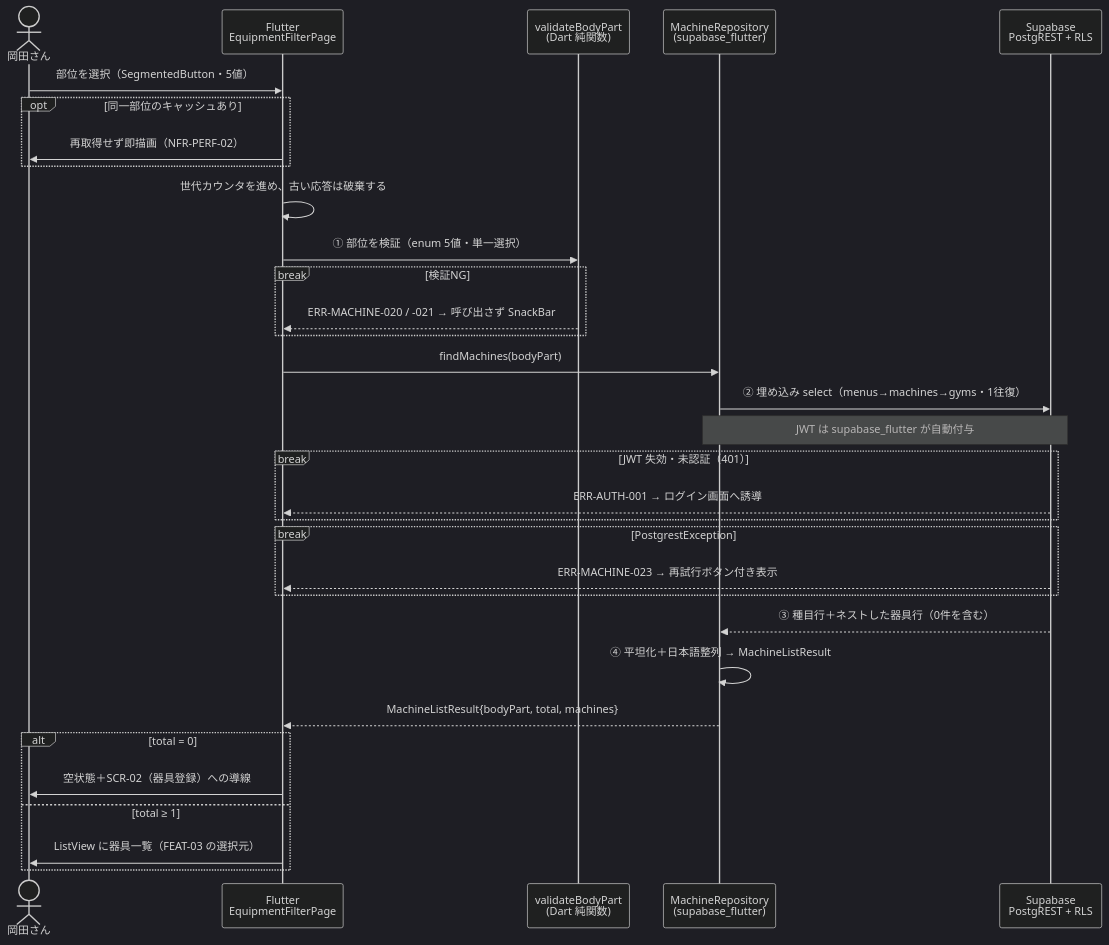
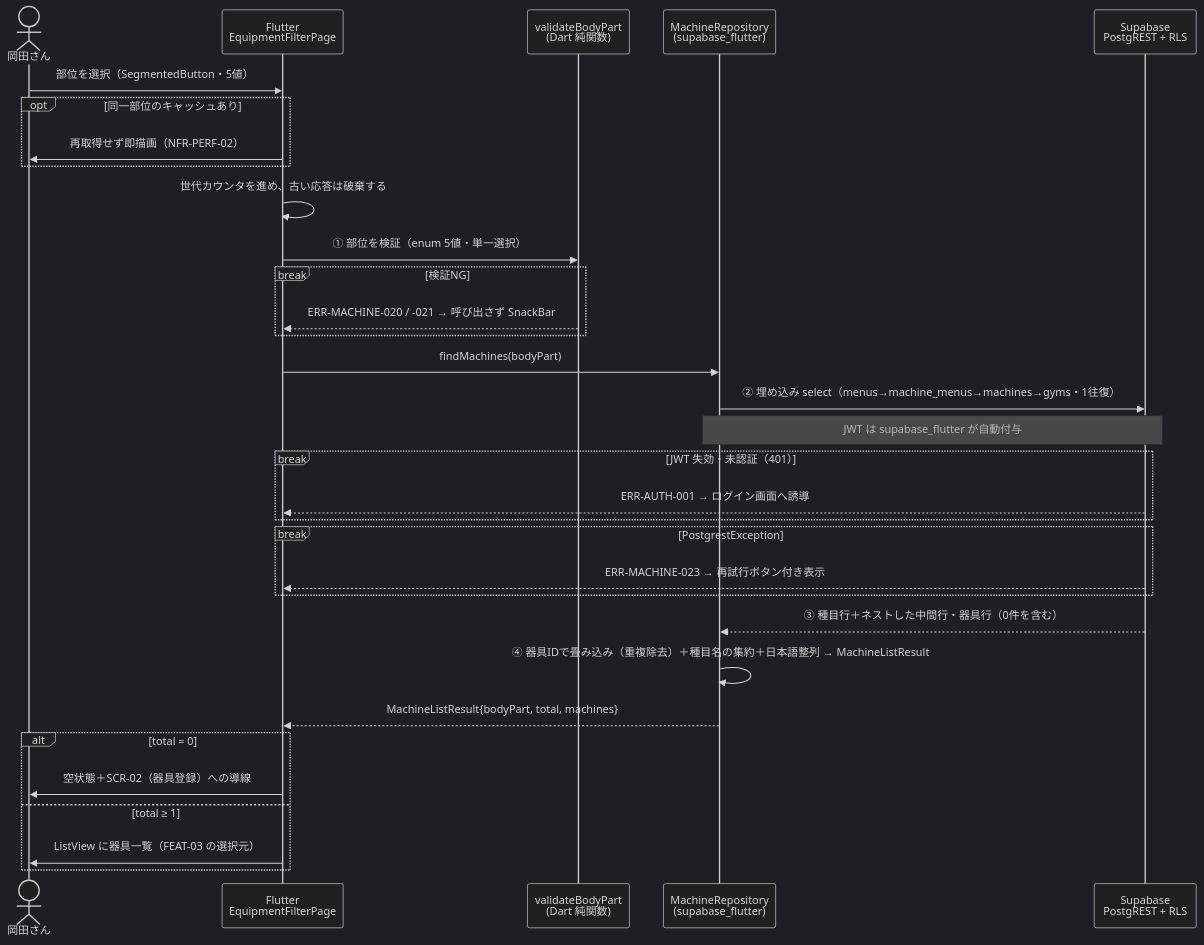
The diagram in docs/02_設計/50_詳細設計/08_機能別詳細設計/FEAT-02_部位選択と器具絞り込み.md (k-okada51/okada-fit), drawn with Mermaid (dark theme) before and after one commit. The commit also changed other lines of this file and 8 other files, not shown here.

````diff
--- a/docs/02_設計/50_詳細設計/08_機能別詳細設計/FEAT-02_部位選択と器具絞り込み.md
+++ b/docs/02_設計/50_詳細設計/08_機能別詳細設計/FEAT-02_部位選択と器具絞り込み.md
@@ -60,35 +61,35 @@
 ```mermaid
 sequenceDiagram
   actor U as 岡田さん
   participant F as Flutter<br/>EquipmentFilterPage
   participant V as validateBodyPart<br/>(Dart 純関数)
   participant R as MachineRepository<br/>(supabase_flutter)
   participant P as Supabase<br/>PostgREST + RLS
 
   U->>F: 部位を選択（SegmentedButton・5値）
   opt 同一部位のキャッシュあり
     F->>U: 再取得せず即描画（NFR-PERF-02）
   end
   F->>F: 世代カウンタを進め、古い応答は破棄する
   F->>V: ① 部位を検証（enum 5値・単一選択）
   break 検証NG
     V-->>F: ERR-MACHINE-020 / -021 → 呼び出さず SnackBar
   end
   F->>R: findMachines(bodyPart)
-  R->>P: ② 埋め込み select（menus→machines→gyms・1往復）
+  R->>P: ② 埋め込み select（menus→machine_menus→machines→gyms・1往復）
   Note over R,P: JWT は supabase_flutter が自動付与
   break JWT 失効・未認証（401）
     P-->>F: ERR-AUTH-001 → ログイン画面へ誘導
   end
   break PostgrestException
     P-->>F: ERR-MACHINE-023 → 再試行ボタン付き表示
   end
-  P-->>R: ③ 種目行＋ネストした器具行（0件を含む）
-  R->>R: ④ 平坦化＋日本語整列 → MachineListResult
+  P-->>R: ③ 種目行＋ネストした中間行・器具行（0件を含む）
+  R->>R: ④ 器具IDで畳み込み（重複除去）＋種目名の集約＋日本語整列 → MachineListResult
   R-->>F: MachineListResult{bodyPart, total, machines}
   alt total = 0
     F->>U: 空状態＋SCR-02（器具登録）への導線
   else total ≥ 1
     F->>U: ListView に器具一覧（FEAT-03 の選択元）
   end
 ```
````
